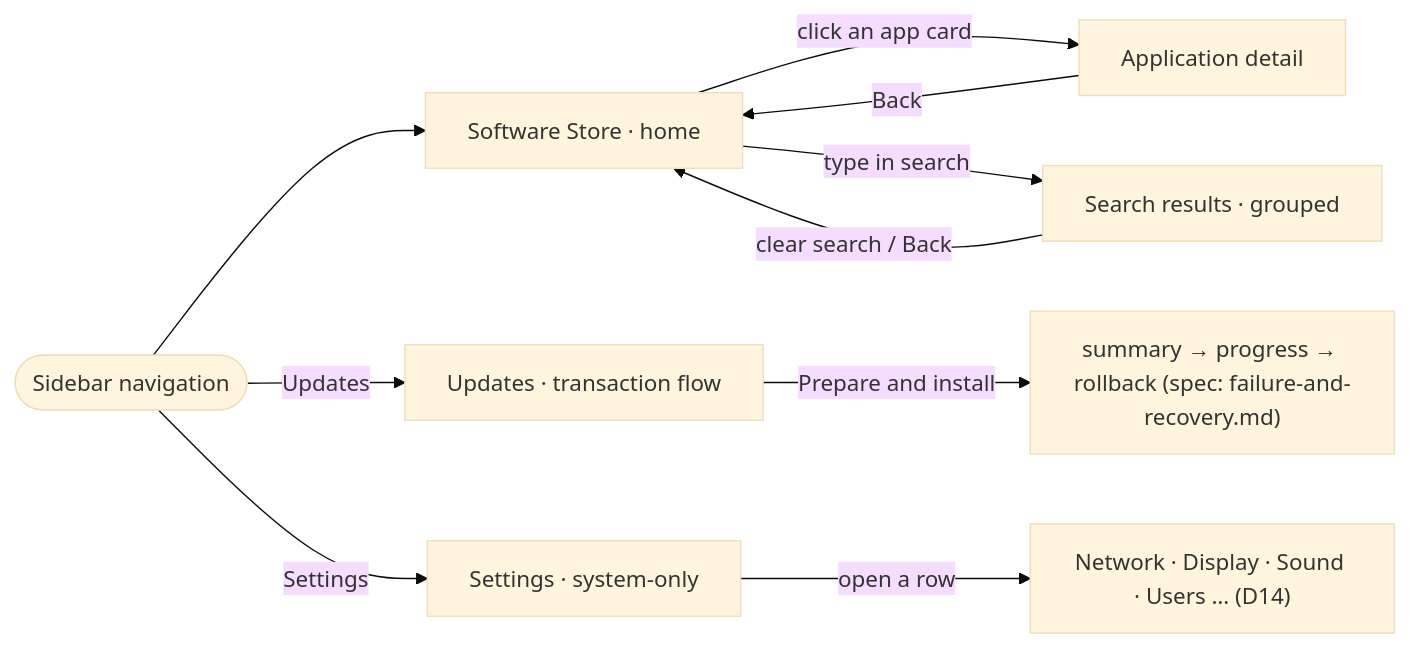
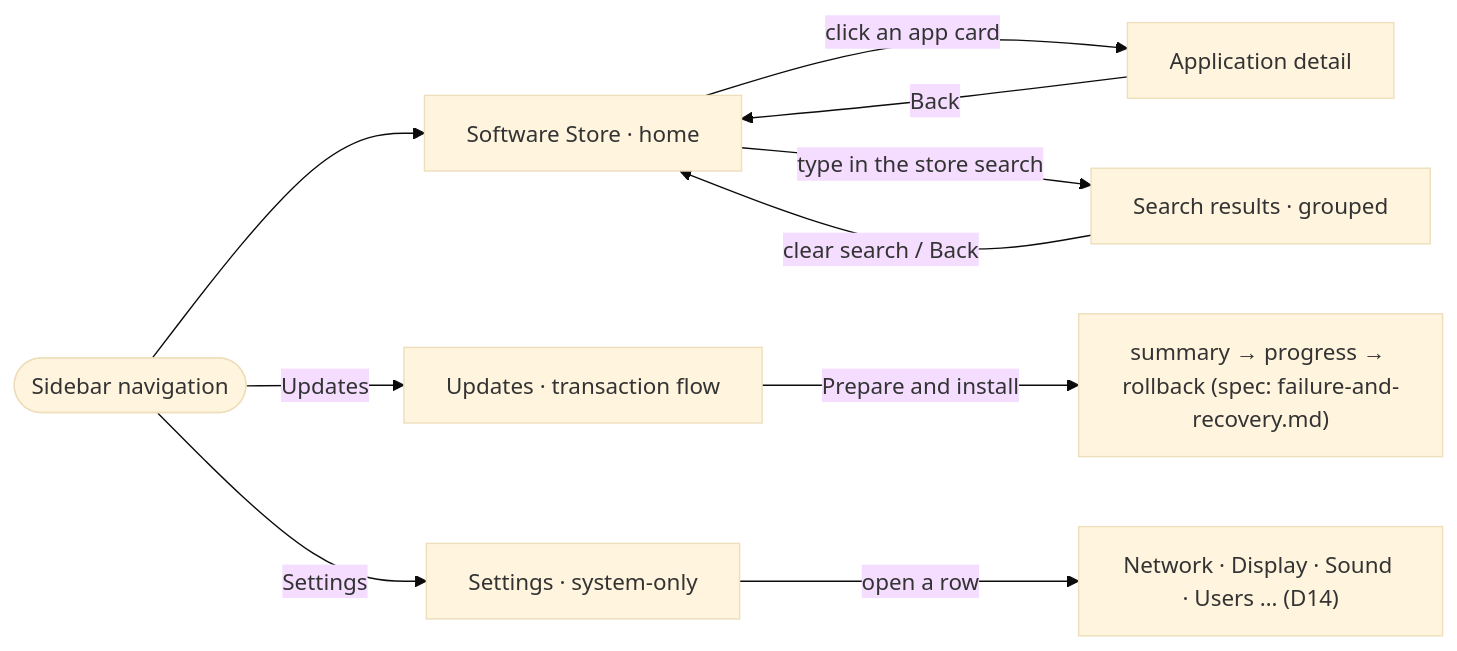
The diagram in app/wireframes/navigation.md (jonohribar/nix-pilot), drawn with Mermaid (base theme) before and after one commit. The commit also changed other lines of this file and 11 other files, not shown here.

First line of the commit message:
feat(app): store-local search scope; folder-namespaced justfile

````diff
--- a/app/wireframes/navigation.md
+++ b/app/wireframes/navigation.md
@@ -9,12 +16,12 @@
 ```mermaid
 flowchart LR
     START([Sidebar navigation]) --> HOME[Software Store · home]
     HOME -->|"click an app card"| DETAIL[Application detail]
     DETAIL -->|"Back"| HOME
-    HOME -->|"type in search"| RESULTS[Search results · grouped]
+    HOME -->|"type in the store search"| RESULTS[Search results · grouped]
     RESULTS -->|"clear search / Back"| HOME
     START -->|"Updates"| UPD[Updates · transaction flow]
     UPD -->|"Prepare and install"| UPD2["summary → progress → rollback (spec: failure-and-recovery.md)"]
     START -->|"Settings"| SET[Settings · system-only]
     SET -->|"open a row"| SET2["Network · Display · Sound · Users … (D14)"]
 ```
````
